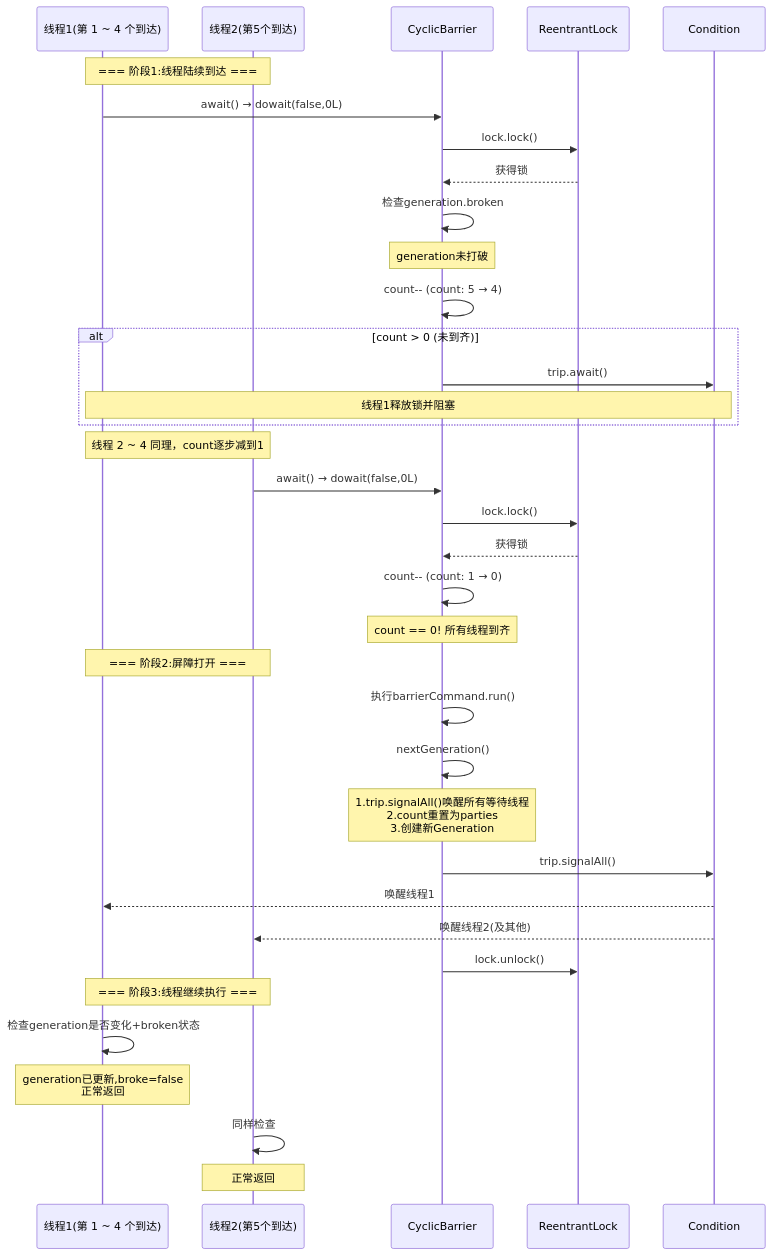
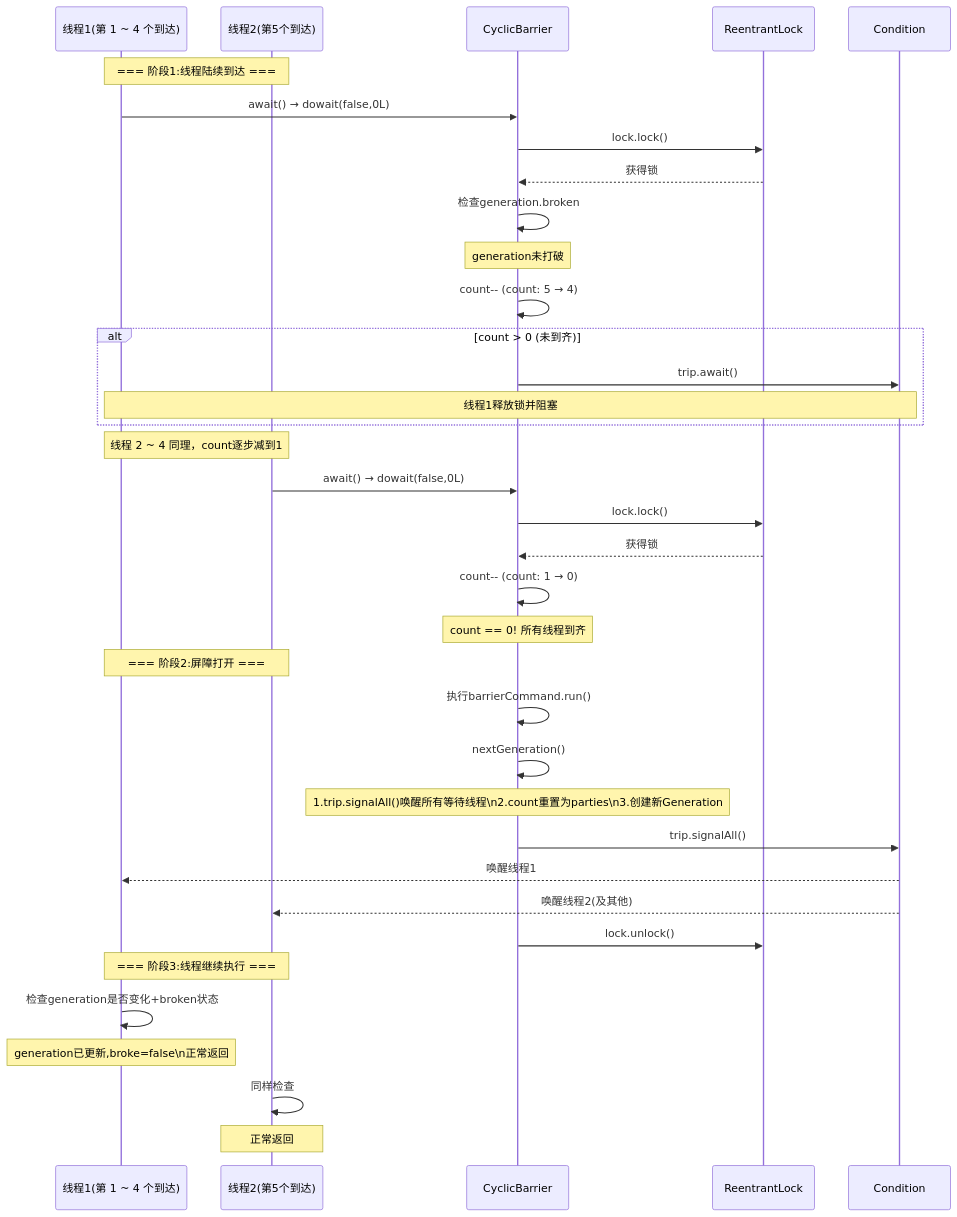
The second of 4 diagrams in content/posts/concurrency/CyclicBarrier.md (yaocat55/yaocat55.github.io), drawn with Mermaid before and after one commit. The commit also changed other lines of this file and 155 other files, not shown here.

````diff
--- a/content/posts/concurrency/CyclicBarrier.md
+++ b/content/posts/concurrency/CyclicBarrier.md
@@ -145,47 +145,47 @@
 ```mermaid
 sequenceDiagram
     participant T1 as 线程1(第 1 ~ 4 个到达)
     participant T2 as 线程2(第5个到达)
     participant CB as CyclicBarrier
     participant LOCK as ReentrantLock
     participant TRIP as Condition
 
     Note over T1,T2: === 阶段1:线程陆续到达 ===
 
     T1->>CB: await() → dowait(false,0L)
     CB->>LOCK: lock.lock()
     LOCK-->>CB: 获得锁
     CB->>CB: 检查generation.broken
     Note over CB: generation未打破
     CB->>CB: count-- (count: 5 → 4)
     alt count > 0 (未到齐)
         CB->>TRIP: trip.await()
         Note over T1,TRIP: 线程1释放锁并阻塞
     end
 
     Note over T1,T2: 线程 2 ~ 4 同理，count逐步减到1
 
     T2->>CB: await() → dowait(false,0L)
     CB->>LOCK: lock.lock()
     LOCK-->>CB: 获得锁
     CB->>CB: count-- (count: 1 → 0)
     Note over CB: count == 0! 所有线程到齐
 
     Note over T1,T2: === 阶段2:屏障打开 ===
 
     CB->>CB: 执行barrierCommand.run()
     CB->>CB: nextGeneration()
-    Note over CB: 1.trip.signalAll()唤醒所有等待线程<br/>2.count重置为parties<br/>3.创建新Generation
+    Note over CB: 1.trip.signalAll()唤醒所有等待线程\n2.count重置为parties\n3.创建新Generation
 
     CB->>TRIP: trip.signalAll()
     TRIP-->>T1: 唤醒线程1
     TRIP-->>T2: 唤醒线程2(及其他)
 
     CB->>LOCK: lock.unlock()
 
     Note over T1,T2: === 阶段3:线程继续执行 ===
     T1->>T1: 检查generation是否变化+broken状态
-    Note over T1: generation已更新,broke=false<br/>正常返回
+    Note over T1: generation已更新,broke=false\n正常返回
     T2->>T2: 同样检查
     Note over T2: 正常返回
 ```
````
